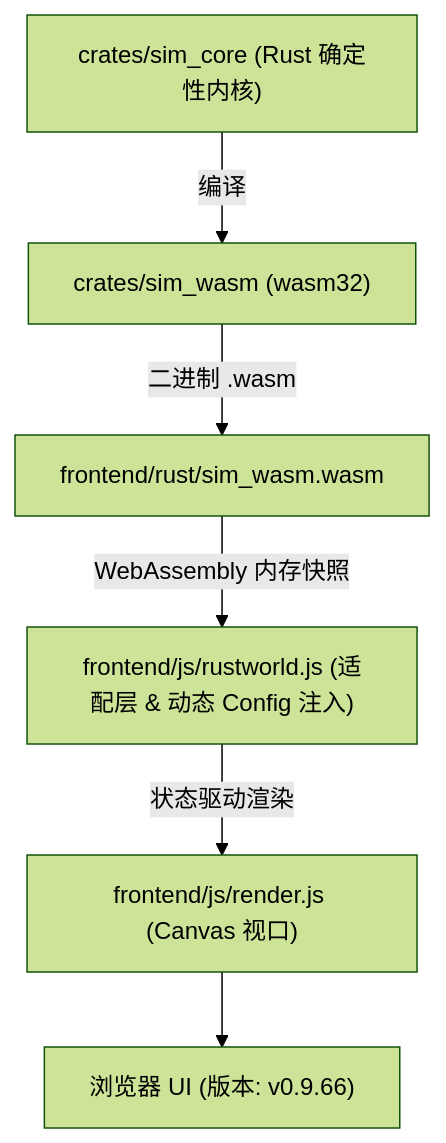
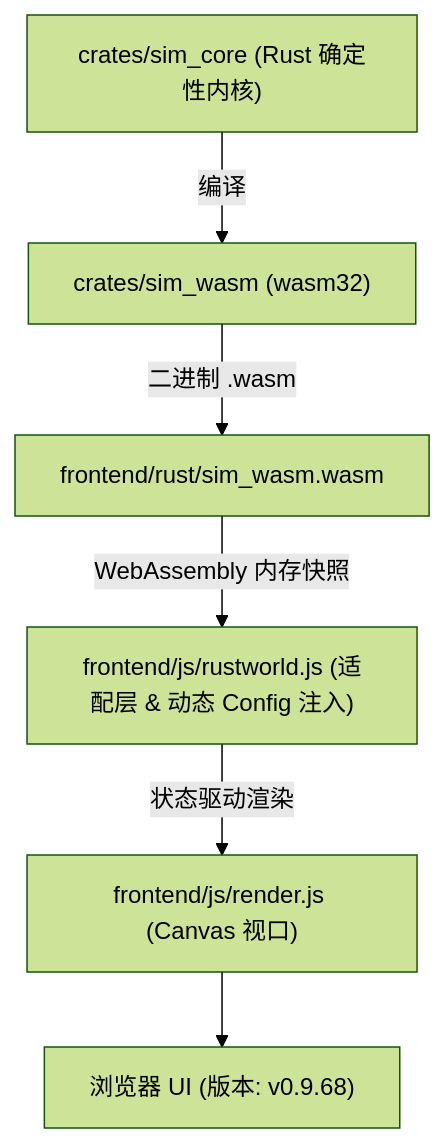
Before and after one commit to g39088902/FlowAndAccord: the diagram in AGENTS.md, drawn with Mermaid (forest theme). The commit also changed other lines of this file and 10 other files, not shown here.

````diff
--- a/AGENTS.md
+++ b/AGENTS.md
@@ -42,8 +44,8 @@
 ```mermaid
 graph TD
     A["crates/sim_core (Rust 确定性内核)"] -->|编译| B["crates/sim_wasm (wasm32)"]
     B -->|二进制 .wasm| C["frontend/rust/sim_wasm.wasm"]
     C -->|WebAssembly 内存快照| D["frontend/js/rustworld.js (适配层 & 动态 Config 注入)"]
     D -->|状态驱动渲染| E["frontend/js/render.js (Canvas 视口)"]
-    E --> F["浏览器 UI (版本: v0.9.66)"]
+    E --> F["浏览器 UI (版本: v0.9.68)"]
 ```
````
